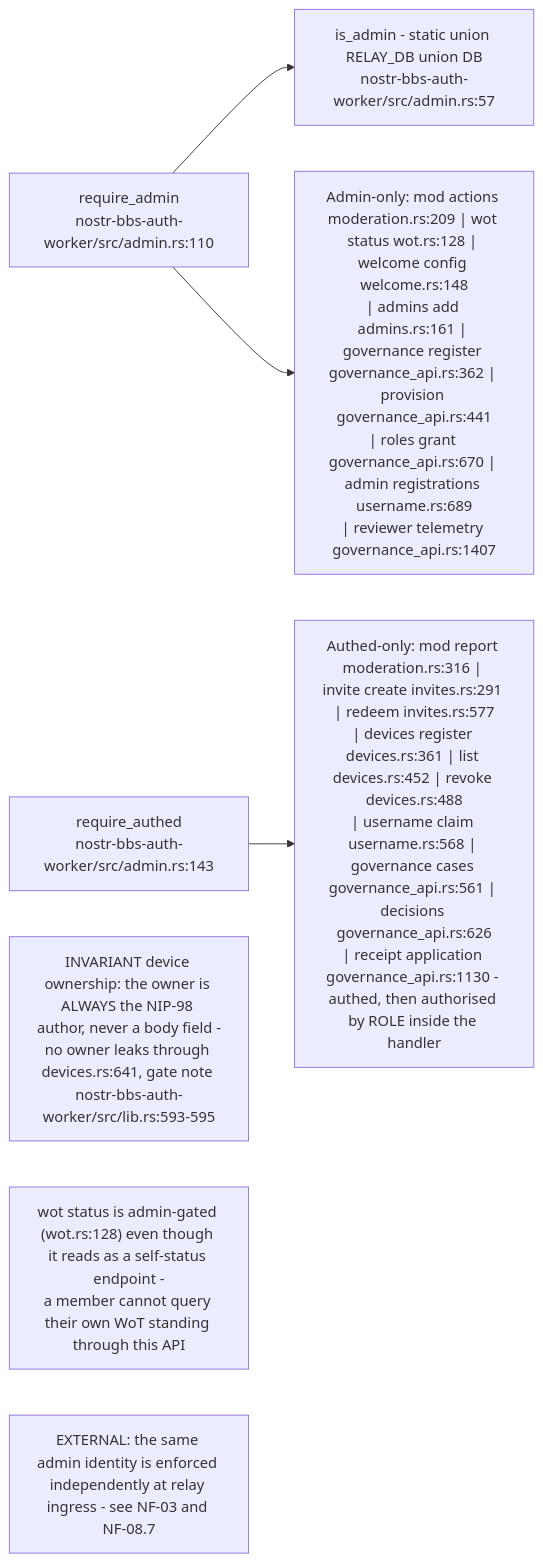
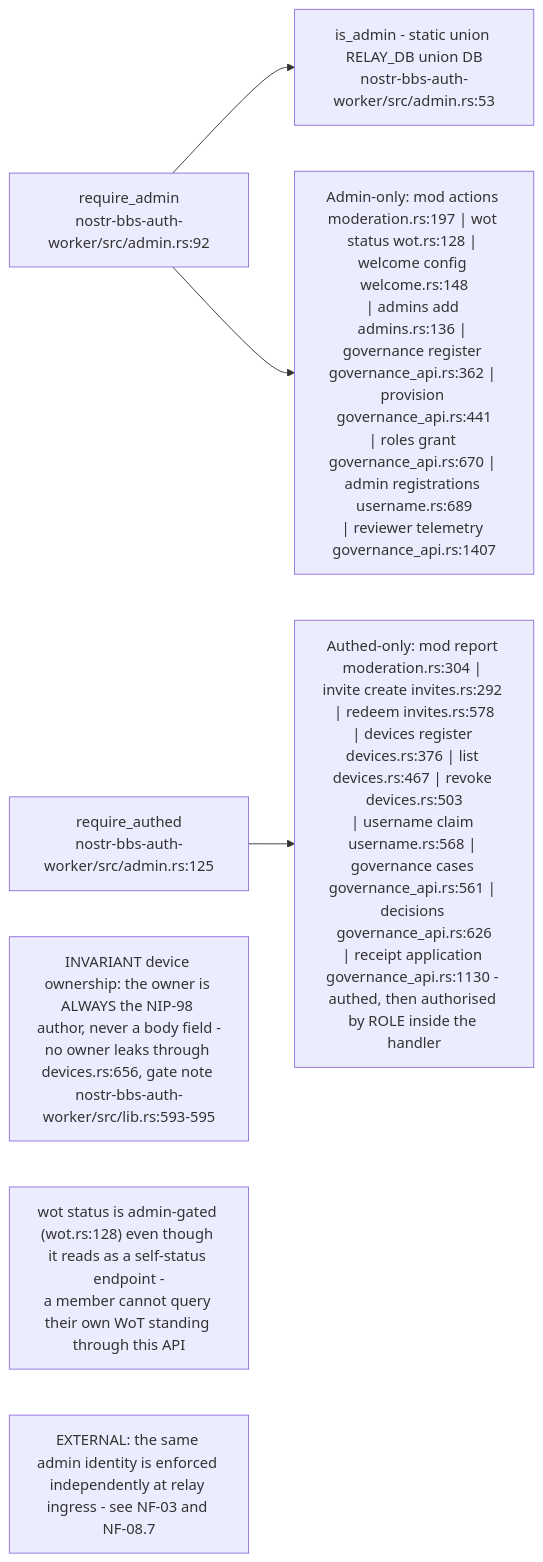
The sixth of 9 diagrams in docs/diagrams/nostr-rust-forum/02-auth-worker-passkey-nip98-and-membership.md (DreamLab-AI/VisionFlow), drawn with Mermaid before and after one commit. The commit also changed other lines of this file and 59 other files, not shown here.

First line of the commit message:
docs(diagrams): re-derive and re-stamp forum, website, pod, ontomark and sealmap topics

````diff
--- a/docs/diagrams/nostr-rust-forum/02-auth-worker-passkey-nip98-and-membership.md
+++ b/docs/diagrams/nostr-rust-forum/02-auth-worker-passkey-nip98-and-membership.md
@@ -212,17 +214,17 @@
 ```mermaid
 flowchart LR
-    RA["require_admin<br/>nostr-bbs-auth-worker/src/admin.rs:110"]
-    RU["require_authed<br/>nostr-bbs-auth-worker/src/admin.rs:143"]
-    ISA["is_admin - static union RELAY_DB union DB<br/>nostr-bbs-auth-worker/src/admin.rs:57"]
+    RA["require_admin<br/>nostr-bbs-auth-worker/src/admin.rs:92"]
+    RU["require_authed<br/>nostr-bbs-auth-worker/src/admin.rs:125"]
+    ISA["is_admin - static union RELAY_DB union DB<br/>nostr-bbs-auth-worker/src/admin.rs:53"]
 
     RA --> ISA
-    ADMINONLY["Admin-only: mod actions moderation.rs:209 | wot status wot.rs:128 | welcome config welcome.rs:148<br/>| admins add admins.rs:161 | governance register governance_api.rs:362 | provision governance_api.rs:441<br/>| roles grant governance_api.rs:670 | admin registrations username.rs:689<br/>| reviewer telemetry governance_api.rs:1407"]
-    AUTHED["Authed-only: mod report moderation.rs:316 | invite create invites.rs:291 | redeem invites.rs:577<br/>| devices register devices.rs:361 | list devices.rs:452 | revoke devices.rs:488<br/>| username claim username.rs:568 | governance cases governance_api.rs:561 | decisions governance_api.rs:626<br/>| receipt application governance_api.rs:1130 - authed, then authorised by ROLE inside the handler"]
+    ADMINONLY["Admin-only: mod actions moderation.rs:197 | wot status wot.rs:128 | welcome config welcome.rs:148<br/>| admins add admins.rs:136 | governance register governance_api.rs:362 | provision governance_api.rs:441<br/>| roles grant governance_api.rs:670 | admin registrations username.rs:689<br/>| reviewer telemetry governance_api.rs:1407"]
+    AUTHED["Authed-only: mod report moderation.rs:304 | invite create invites.rs:292 | redeem invites.rs:578<br/>| devices register devices.rs:376 | list devices.rs:467 | revoke devices.rs:503<br/>| username claim username.rs:568 | governance cases governance_api.rs:561 | decisions governance_api.rs:626<br/>| receipt application governance_api.rs:1130 - authed, then authorised by ROLE inside the handler"]
 
     RA --> ADMINONLY
     RU --> AUTHED
 
-    N1["INVARIANT device ownership: the owner is ALWAYS the NIP-98 author, never a body field -<br/>no owner leaks through devices.rs:641, gate note nostr-bbs-auth-worker/src/lib.rs:593-595"]
+    N1["INVARIANT device ownership: the owner is ALWAYS the NIP-98 author, never a body field -<br/>no owner leaks through devices.rs:656, gate note nostr-bbs-auth-worker/src/lib.rs:593-595"]
     N2["wot status is admin-gated (wot.rs:128) even though it reads as a self-status endpoint -<br/>a member cannot query their own WoT standing through this API"]
     N3["EXTERNAL: the same admin identity is enforced independently at relay ingress - see NF-03 and NF-08.7"]
 ```
````
